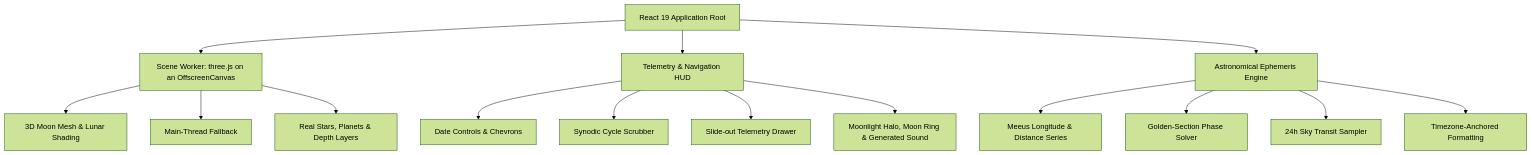
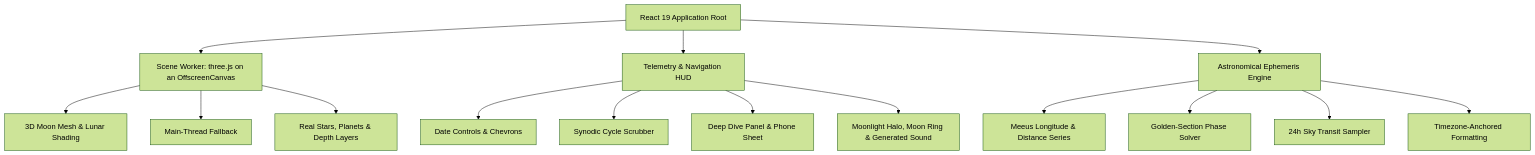
One commit to kavindu-rakn/Luna changed the diagram in README.md. Above: the diagram before and after it, drawn with Mermaid (forest theme). The commit also changed other lines of this file and 10 other files, not shown here.

First line of the commit message:
feat(deep-dive): the re-framing panel and the phone sheet

````diff
--- a/README.md
+++ b/README.md
@@ -234,20 +235,20 @@
 ```mermaid
 graph TD
     A[React 19 Application Root] --> B[Scene Worker: three.js on an OffscreenCanvas]
     A --> C[Telemetry & Navigation HUD]
     A --> D[Astronomical Ephemeris Engine]
 
     B --> B1[3D Moon Mesh & Lunar Shading]
     B --> B2[Main-Thread Fallback]
     B --> B3[Real Stars, Planets & Depth Layers]
 
     C --> C1[Date Controls & Chevrons]
     C --> C2[Synodic Cycle Scrubber]
-    C --> C3[Slide-out Telemetry Drawer]
+    C --> C3[Deep Dive Panel & Phone Sheet]
     C --> C4[Moonlight Halo, Moon Ring & Generated Sound]
 
     D --> D1[Meeus Longitude & Distance Series]
     D --> D2[Golden-Section Phase Solver]
     D --> D3[24h Sky Transit Sampler]
     D --> D4[Timezone-Anchored Formatting]
 ```
````
